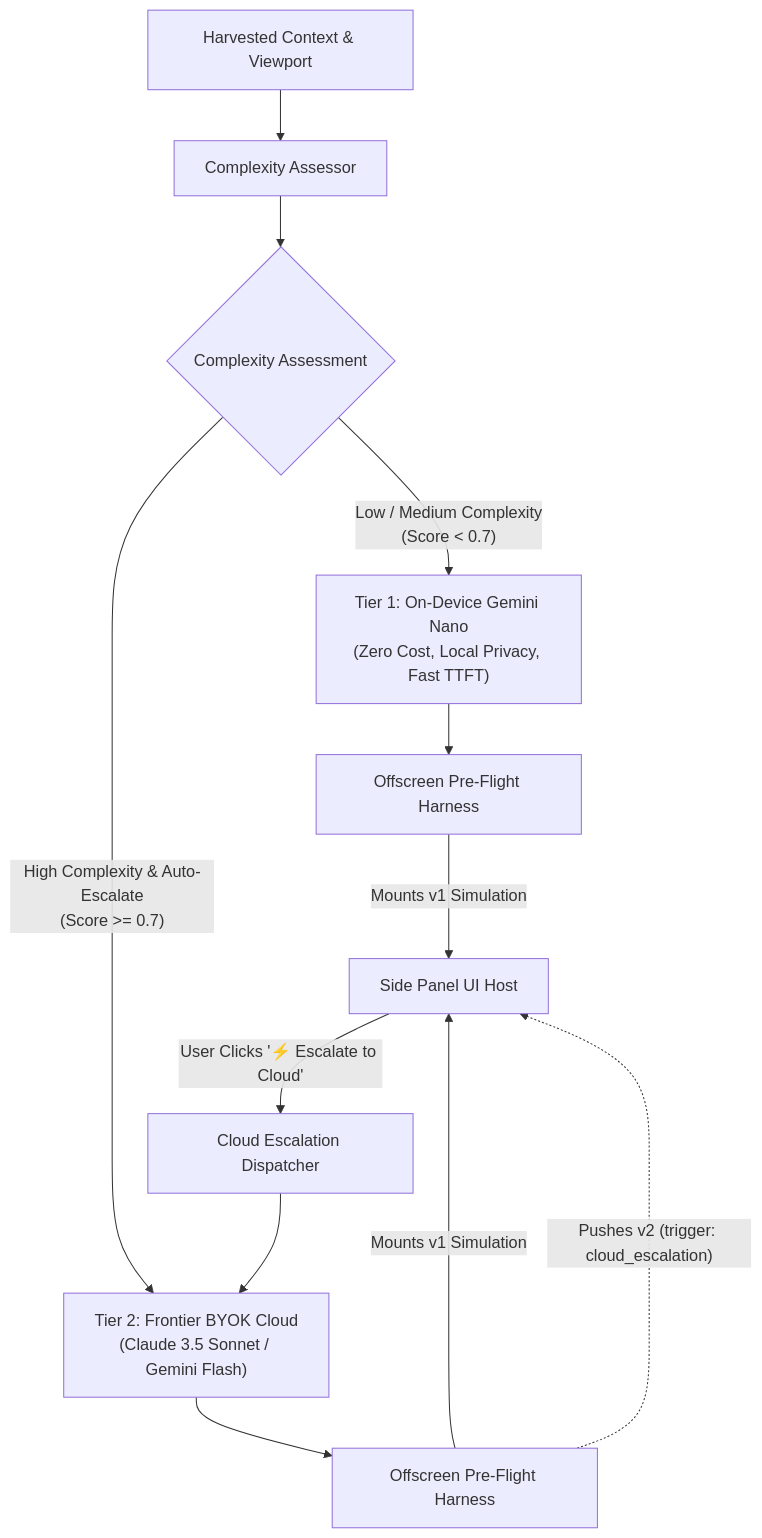
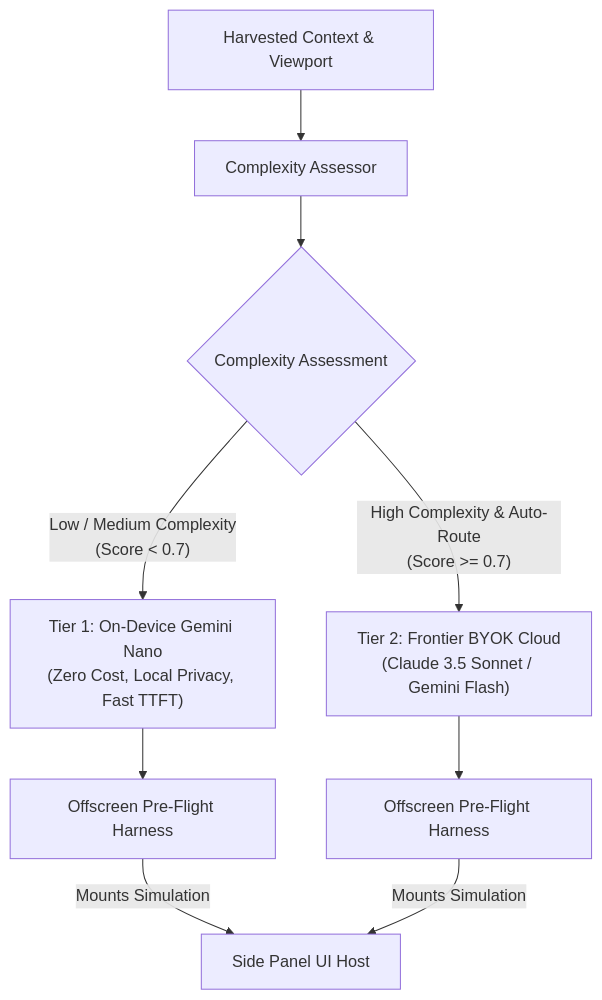
Before and after one commit to vmatrixdev/simit: the diagram in docs/specs/model_routing.md, drawn with Mermaid. The commit also changed other lines of this file and 11 other files, not shown here.

````diff
--- a/docs/specs/model_routing.md
+++ b/docs/specs/model_routing.md
@@ -26,18 +26,14 @@
 ```mermaid
 flowchart TD
     Harvest["Harvested Context & Viewport"] --> Assessor["Complexity Assessor"]
     Assessor --> Decision{"Complexity Assessment"}
 
     Decision -->|"Low / Medium Complexity<br/>(Score < 0.7)"| Tier1["Tier 1: On-Device Gemini Nano<br/>(Zero Cost, Local Privacy, Fast TTFT)"]
-    Decision -->|"High Complexity & Auto-Escalate<br/>(Score >= 0.7)"| Tier2["Tier 2: Frontier BYOK Cloud<br/>(Claude 3.5 Sonnet / Gemini Flash)"]
+    Decision -->|"High Complexity & Auto-Route<br/>(Score >= 0.7)"| Tier2["Tier 2: Frontier BYOK Cloud<br/>(Claude 3.5 Sonnet / Gemini Flash)"]
 
     Tier1 --> Preflight1["Offscreen Pre-Flight Harness"]
     Tier2 --> Preflight2["Offscreen Pre-Flight Harness"]
 
-    Preflight1 -->|"Mounts v1 Simulation"| UI["Side Panel UI Host"]
-    Preflight2 -->|"Mounts v1 Simulation"| UI
-
-    UI -->|"User Clicks '⚡ Escalate to Cloud'"| ManualEscalate["Cloud Escalation Dispatcher"]
-    ManualEscalate --> Tier2
-    Preflight2 -.->|"Pushes v2 (trigger: cloud_escalation)"| UI
+    Preflight1 -->|"Mounts Simulation"| UI["Side Panel UI Host"]
+    Preflight2 -->|"Mounts Simulation"| UI
 ```
````
